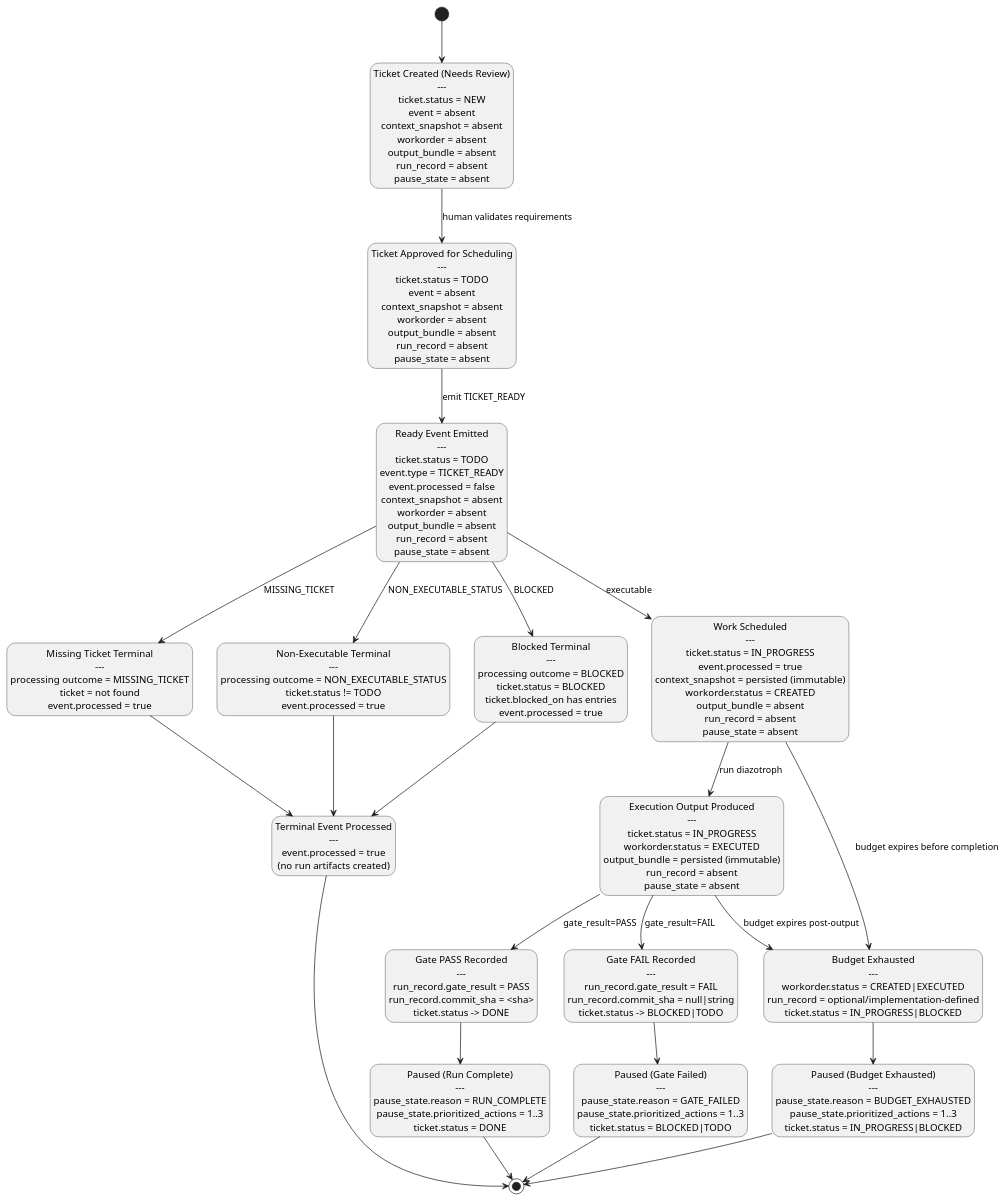
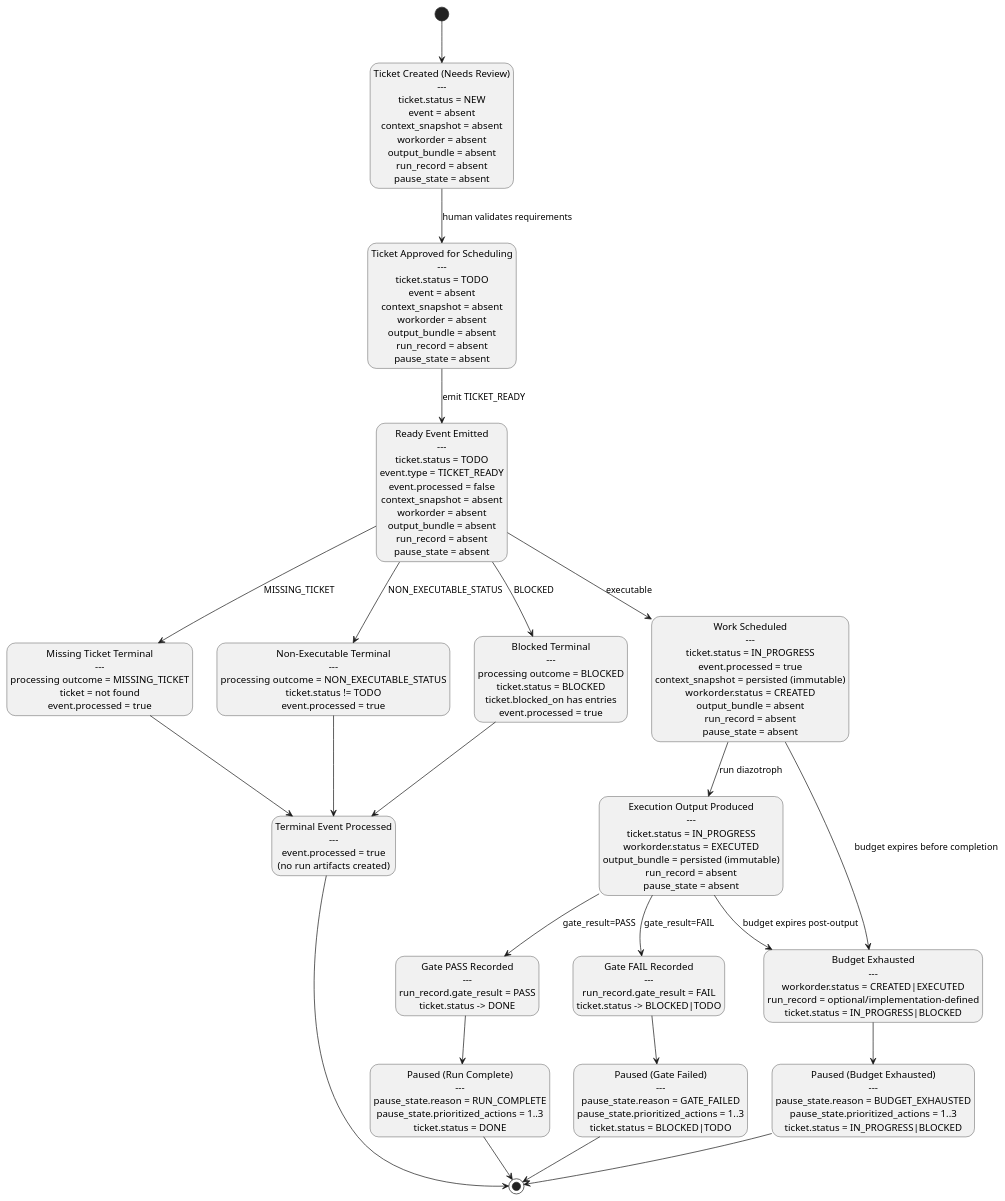
One commit to leximicham/Azolla-Protocol changed the diagram in docs/02_mec/mec_state_machine.puml. Above: the diagram before and after it, drawn with PlantUML. The commit also changed 14 other files, not shown here.

First line of the commit message:
Refactor run_record and context_snapshot schemas; rename MANIFEST_BUILDER to MANIFEST_BUILDER_DIAZOTROPH

```diff
--- a/docs/02_mec/mec_state_machine.puml
+++ b/docs/02_mec/mec_state_machine.puml
@@ -1,64 +1,64 @@
 @startuml mec_state_machine
 ' MEC v0.1 state machine with per-schema artifact state snapshots.
 
 hide empty description
 
 state "Ticket Created (Needs Review)\n---\nticket.status = NEW\nevent = absent\ncontext_snapshot = absent\nworkorder = absent\noutput_bundle = absent\nrun_record = absent\npause_state = absent" as TicketCreated
 
 state "Ticket Approved for Scheduling\n---\nticket.status = TODO\nevent = absent\ncontext_snapshot = absent\nworkorder = absent\noutput_bundle = absent\nrun_record = absent\npause_state = absent" as TicketApproved
 
 state "Ready Event Emitted\n---\nticket.status = TODO\nevent.type = TICKET_READY\nevent.processed = false\ncontext_snapshot = absent\nworkorder = absent\noutput_bundle = absent\nrun_record = absent\npause_state = absent" as ReadyEventEmitted
 
 state "Terminal Event Processed\n---\nevent.processed = true\n(no run artifacts created)" as TerminalEventProcessed
 
 state "Missing Ticket Terminal\n---\nprocessing outcome = MISSING_TICKET\nticket = not found\nevent.processed = true" as MissingTicketTerminal
 
 state "Non-Executable Terminal\n---\nprocessing outcome = NON_EXECUTABLE_STATUS\nticket.status != TODO\nevent.processed = true" as NonExecutableTerminal
 
 state "Blocked Terminal\n---\nprocessing outcome = BLOCKED\nticket.status = BLOCKED\nticket.blocked_on has entries\nevent.processed = true" as BlockedTerminal
 
 state "Work Scheduled\n---\nticket.status = IN_PROGRESS\nevent.processed = true\ncontext_snapshot = persisted (immutable)\nworkorder.status = CREATED\noutput_bundle = absent\nrun_record = absent\npause_state = absent" as WorkScheduled
 
 state "Execution Output Produced\n---\nticket.status = IN_PROGRESS\nworkorder.status = EXECUTED\noutput_bundle = persisted (immutable)\nrun_record = absent\npause_state = absent" as ExecutionOutputProduced
 
-state "Gate PASS Recorded\n---\nrun_record.gate_result = PASS\nrun_record.commit_sha = <sha>\nticket.status -> DONE" as GatePassRecorded
+state "Gate PASS Recorded\n---\nrun_record.gate_result = PASS\nticket.status -> DONE" as GatePassRecorded
 
-state "Gate FAIL Recorded\n---\nrun_record.gate_result = FAIL\nrun_record.commit_sha = null|string\nticket.status -> BLOCKED|TODO" as GateFailRecorded
+state "Gate FAIL Recorded\n---\nrun_record.gate_result = FAIL\nticket.status -> BLOCKED|TODO" as GateFailRecorded
 
 state "Budget Exhausted\n---\nworkorder.status = CREATED|EXECUTED\nrun_record = optional/implementation-defined\nticket.status = IN_PROGRESS|BLOCKED" as BudgetExhausted
 
 state "Paused (Run Complete)\n---\npause_state.reason = RUN_COMPLETE\npause_state.prioritized_actions = 1..3\nticket.status = DONE" as PausedRunComplete
 
 state "Paused (Gate Failed)\n---\npause_state.reason = GATE_FAILED\npause_state.prioritized_actions = 1..3\nticket.status = BLOCKED|TODO" as PausedGateFailed
 
 state "Paused (Budget Exhausted)\n---\npause_state.reason = BUDGET_EXHAUSTED\npause_state.prioritized_actions = 1..3\nticket.status = IN_PROGRESS|BLOCKED" as PausedBudgetExhausted
 
 [*] --> TicketCreated
 TicketCreated --> TicketApproved : human validates requirements
 TicketApproved --> ReadyEventEmitted : emit TICKET_READY
 
 ReadyEventEmitted --> MissingTicketTerminal : MISSING_TICKET
 ReadyEventEmitted --> NonExecutableTerminal : NON_EXECUTABLE_STATUS
 ReadyEventEmitted --> BlockedTerminal : BLOCKED
 ReadyEventEmitted --> WorkScheduled : executable
 
 MissingTicketTerminal --> TerminalEventProcessed
 NonExecutableTerminal --> TerminalEventProcessed
 BlockedTerminal --> TerminalEventProcessed
 TerminalEventProcessed --> [*]
 
 WorkScheduled --> ExecutionOutputProduced : run diazotroph
 ExecutionOutputProduced --> GatePassRecorded : gate_result=PASS
 ExecutionOutputProduced --> GateFailRecorded : gate_result=FAIL
 WorkScheduled --> BudgetExhausted : budget expires before completion
 ExecutionOutputProduced --> BudgetExhausted : budget expires post-output
 
 GatePassRecorded --> PausedRunComplete
 GateFailRecorded --> PausedGateFailed
 BudgetExhausted --> PausedBudgetExhausted
 
 PausedRunComplete --> [*]
 PausedGateFailed --> [*]
 PausedBudgetExhausted --> [*]
 
 @enduml
```
